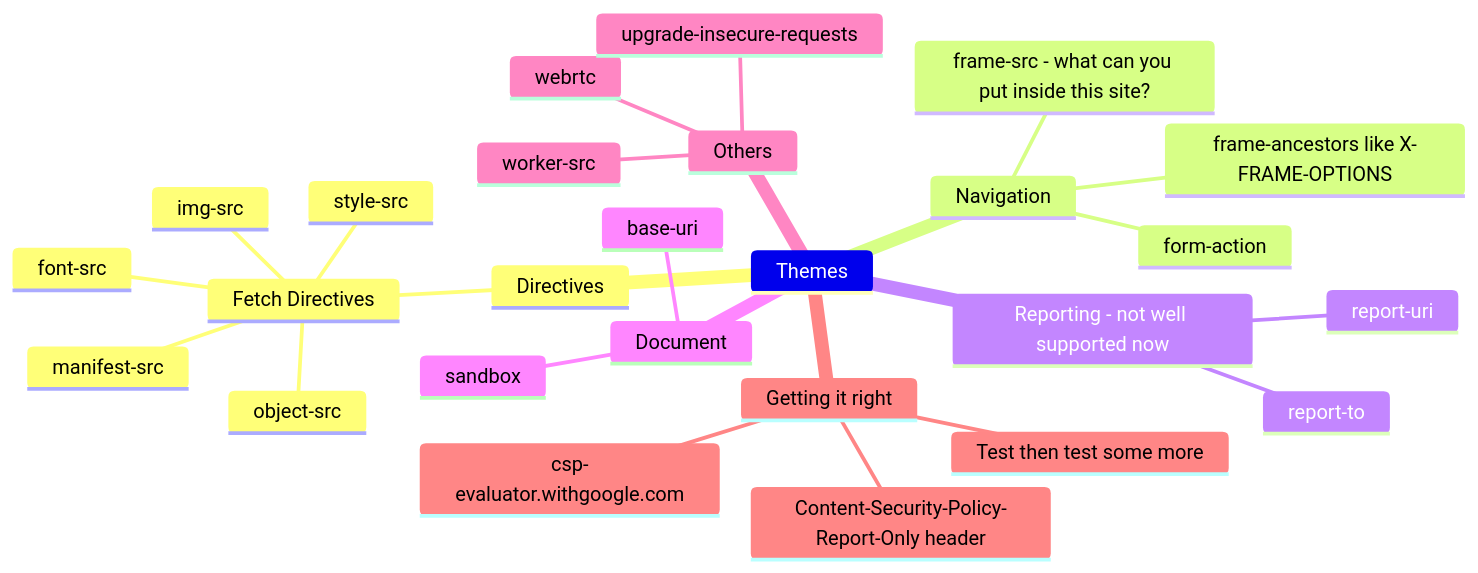
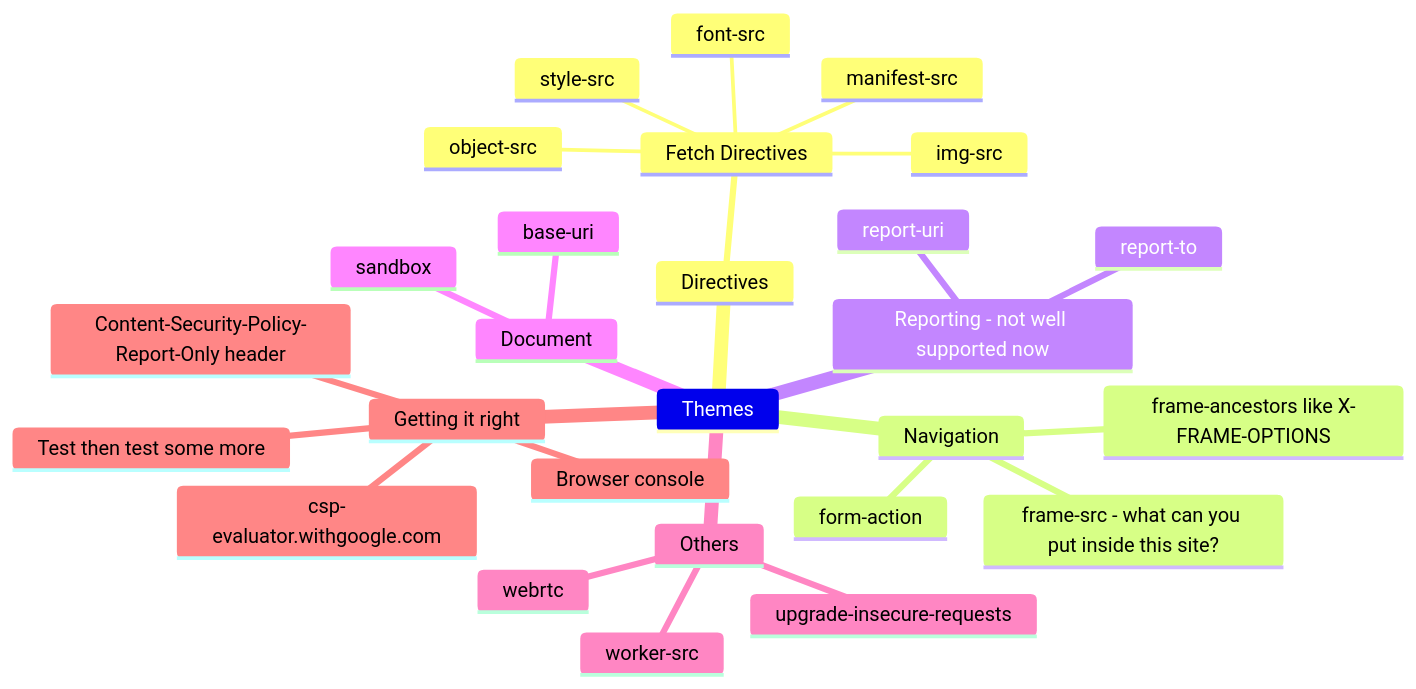
One commit to gitstua/Mindmaps changed the second of 2 diagrams in csp.md. Above: the diagram before and after it, drawn with Mermaid.

Commit message:
Refactor mindmap formatting in csp.md
Formatted the mindmap section for better readability.

````diff
--- a/csp.md
+++ b/csp.md
@@ -40,29 +40,30 @@
 ```mermaid
 mindmap
 Themes
-      Directives
-        Fetch Directives
-          manifest-src
-          img-src
-          font-src
-          object-src
-          style-src
-      Navigation
-        frame-ancestors like X-FRAME-OPTIONS
-        frame-src - what can you put inside this site?
-        form-action
-      Reporting - not well supported now
-        report-uri
-        report-to
-      Document
-        sandbox
-        base-uri
-      Others
-        worker-src
-        webrtc
-        upgrade-insecure-requests
-      Getting it right
-        Content-Security-Policy-Report-Only header
-        Test then test some more
-        csp-evaluator.withgoogle.com
+  Directives
+    Fetch Directives
+      manifest-src
+      img-src
+      font-src
+      object-src
+      style-src
+  Navigation
+    frame-ancestors like X-FRAME-OPTIONS
+    frame-src - what can you put inside this site?
+    form-action
+  Reporting - not well supported now
+    report-uri
+    report-to
+  Document
+    sandbox
+    base-uri
+  Others
+    worker-src
+    webrtc
+    upgrade-insecure-requests
+  Getting it right
+    Content-Security-Policy-Report-Only header
+    Test then test some more
+    csp-evaluator.withgoogle.com
+    Browser console
 ```
````
